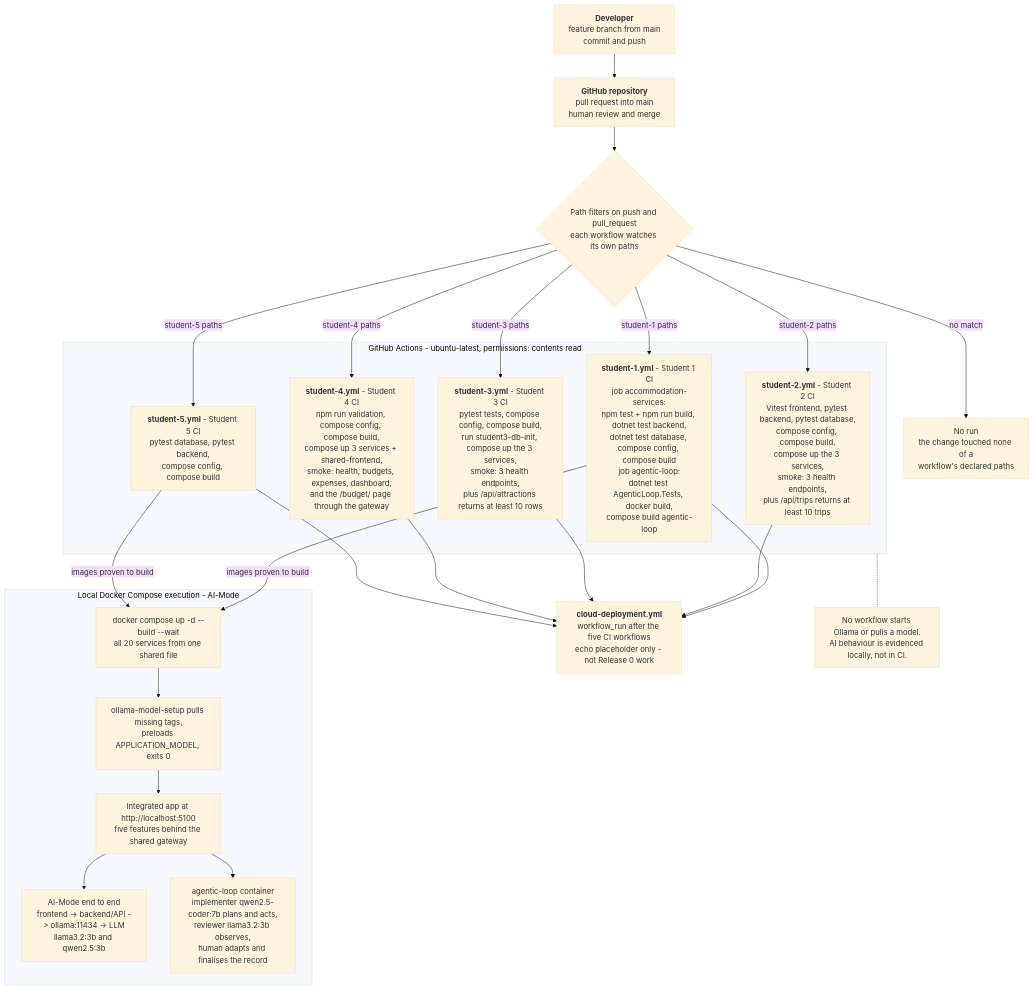
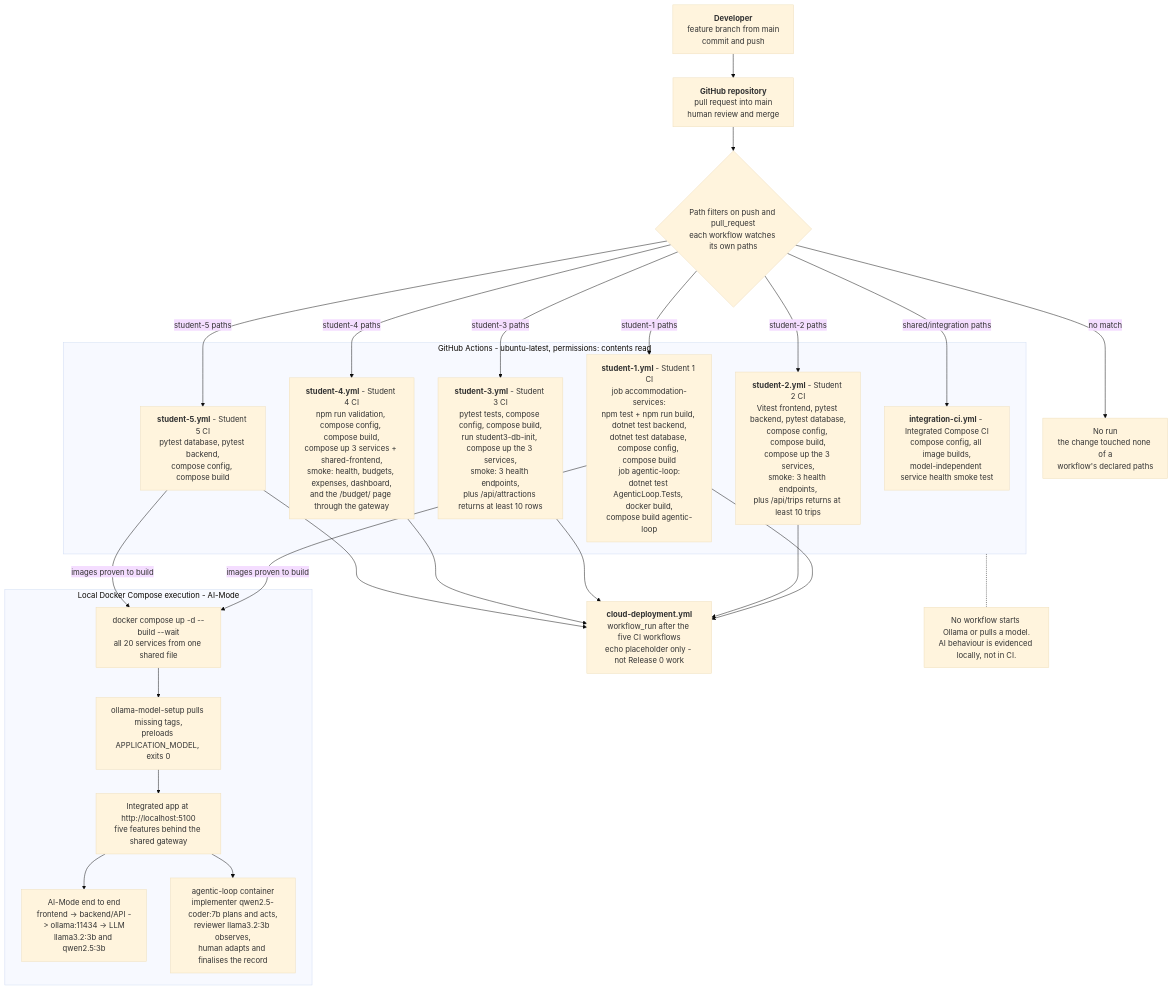
One commit to LucLeMoenic/Advanced-Software-Development-Project changed the diagram in docs/release-0/devops-pipeline.md. Above: the diagram before and after it, drawn with Mermaid (base theme). The commit also changed other lines of this file and 3 other files, not shown here.

Commit message:
ci: add integrated Compose smoke workflow

````diff
--- a/docs/release-0/devops-pipeline.md
+++ b/docs/release-0/devops-pipeline.md
@@ -10,45 +10,47 @@
 ```mermaid
 flowchart TD
     dev["<b>Developer</b><br/>feature branch from main<br/>commit and push"]
     gh["<b>GitHub repository</b><br/>pull request into main<br/>human review and merge"]
     paths{"Path filters on push and pull_request<br/>each workflow watches its own paths"}
     skip["No run<br/>the change touched none of a<br/>workflow's declared paths"]
 
     subgraph ci["GitHub Actions - ubuntu-latest, permissions: contents read"]
         w1["<b>student-1.yml</b> - Student 1 CI<br/>job accommodation-services:<br/>npm test + npm run build, dotnet test backend,<br/>dotnet test database, compose config, compose build<br/>job agentic-loop:<br/>dotnet test AgenticLoop.Tests, docker build,<br/>compose build agentic-loop"]
         w2["<b>student-2.yml</b> - Student 2 CI<br/>Vitest frontend, pytest backend, pytest database,<br/>compose config, compose build,<br/>compose up the 3 services,<br/>smoke: 3 health endpoints,<br/>plus /api/trips returns at least 10 trips"]
         w3["<b>student-3.yml</b> - Student 3 CI<br/>pytest tests, compose config, compose build,<br/>run student3-db-init, compose up the 3 services,<br/>smoke: 3 health endpoints,<br/>plus /api/attractions returns at least 10 rows"]
         w4["<b>student-4.yml</b> - Student 4 CI<br/>npm run validation, compose config, compose build,<br/>compose up 3 services + shared-frontend,<br/>smoke: health, budgets, expenses, dashboard,<br/>and the /budget/ page through the gateway"]
         w5["<b>student-5.yml</b> - Student 5 CI<br/>pytest database, pytest backend,<br/>compose config, compose build"]
+        wi["<b>integration-ci.yml</b> - Integrated Compose CI<br/>compose config, all image builds,<br/>model-independent service health smoke test"]
     end
 
     cd["<b>cloud-deployment.yml</b><br/>workflow_run after the five CI workflows<br/>echo placeholder only - not Release 0 work"]
 
     subgraph local["Local Docker Compose execution - AI-Mode"]
         up["docker compose up -d --build --wait<br/>all 20 services from one shared file"]
         models["ollama-model-setup pulls missing tags,<br/>preloads APPLICATION_MODEL, exits 0"]
         app["Integrated app at http://localhost:5100<br/>five features behind the shared gateway"]
         aim["AI-Mode end to end<br/>frontend -> backend/API -> ollama:11434 -> LLM<br/>llama3.2:3b and qwen2.5:3b"]
         loop["agentic-loop container<br/>implementer qwen2.5-coder:7b plans and acts,<br/>reviewer llama3.2:3b observes,<br/>human adapts and finalises the record"]
         up --> models --> app --> aim
         app --> loop
     end
 
     note["No workflow starts Ollama or pulls a model.<br/>AI behaviour is evidenced locally, not in CI."]
 
     dev --> gh --> paths
     paths -->|"no match"| skip
     paths -->|"student-1 paths"| w1
     paths -->|"student-2 paths"| w2
     paths -->|"student-3 paths"| w3
     paths -->|"student-4 paths"| w4
     paths -->|"student-5 paths"| w5
+    paths -->|"shared/integration paths"| wi
     w1 --> cd
     w2 --> cd
     w3 --> cd
     w4 --> cd
     w5 --> cd
     ci -.- note
     w1 -->|"images proven to build"| up
     w5 -->|"images proven to build"| up
 ```
````
